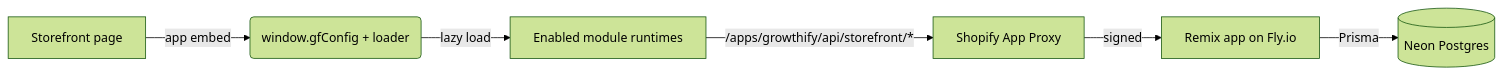
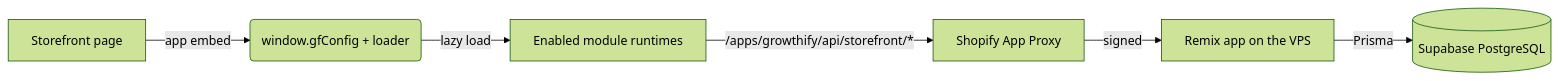
The diagram in docs/getting-started/architecture.md (aoneahsan/all-in-one-shopify-docs), drawn with Mermaid (forest theme) before and after one commit. The commit also changed other lines of this file and 5 other files, not shown here.

First line of the commit message:
docs: the database is Supabase and the host is the VPS, not Neon and Fly.io

````diff
--- a/docs/getting-started/architecture.md
+++ b/docs/getting-started/architecture.md
@@ -34,8 +34,8 @@
 ```mermaid
 flowchart LR
   A[Storefront page] -->|app embed| B(window.gfConfig + loader)
   B -->|lazy load| C[Enabled module runtimes]
   C -->|/apps/growthify/api/storefront/*| D[Shopify App Proxy]
-  D -->|signed| E[Remix app on Fly.io]
-  E -->|Prisma| F[(Neon Postgres)]
+  D -->|signed| E[Remix app on the VPS]
+  E -->|Prisma| F[(Supabase PostgreSQL)]
 ```
````
